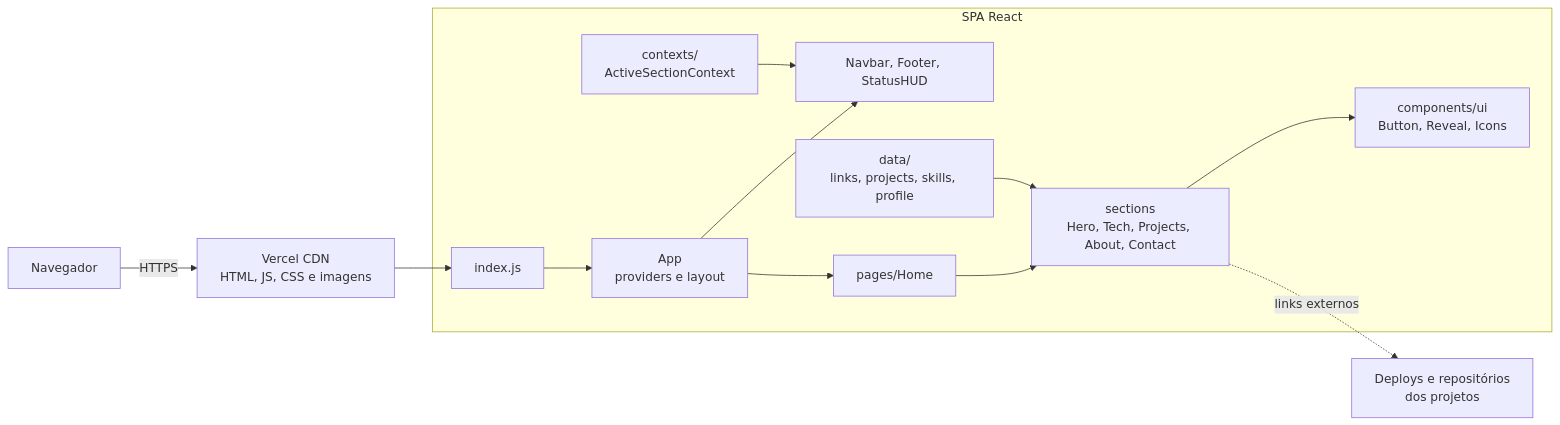
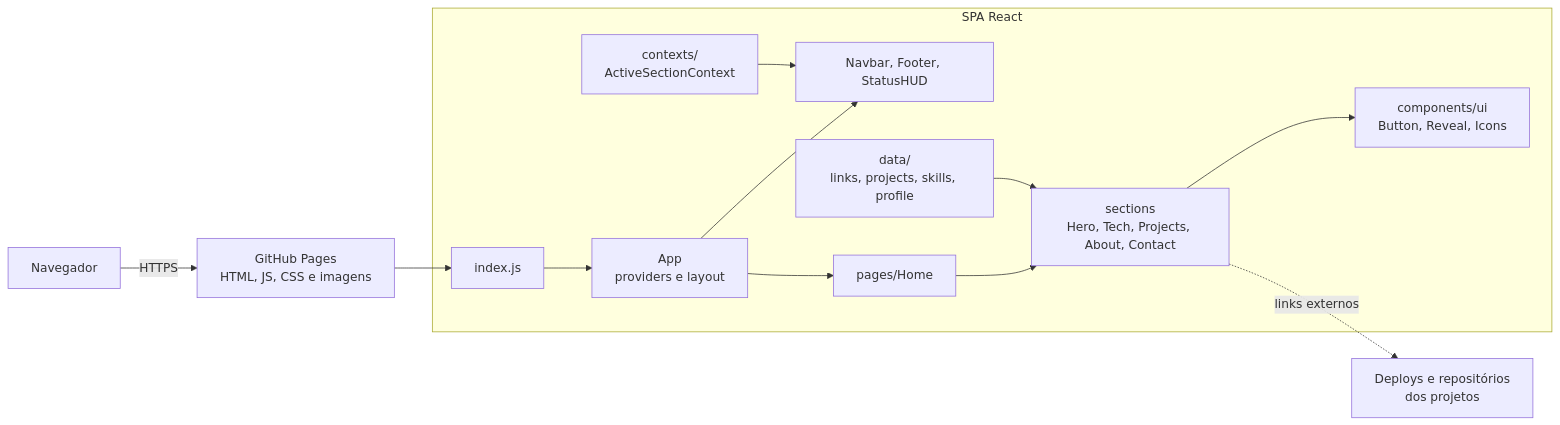
The diagram in README.md (GabrielFagundes18/GabrielFagundes18.github.io), drawn with Mermaid before and after one commit. The commit also changed other lines of this file, not shown here.

First line of the commit message:
docs: atualiza README para o deploy no GitHub Pages

````diff
--- a/README.md
+++ b/README.md
@@ -45,15 +45,15 @@
 ```mermaid
 flowchart LR
-    U["Navegador"] -->|HTTPS| V["Vercel CDN<br/>HTML, JS, CSS e imagens"]
+    U["Navegador"] -->|HTTPS| V["GitHub Pages<br/>HTML, JS, CSS e imagens"]
     V --> I["index.js"]
     subgraph SPA["SPA React"]
         I --> A["App<br/>providers e layout"]
         A --> L["Navbar, Footer, StatusHUD"]
         A --> H["pages/Home"]
         H --> S["sections<br/>Hero, Tech, Projects, About, Contact"]
         S --> UI["components/ui<br/>Button, Reveal, Icons"]
         D["data/<br/>links, projects, skills, profile"] --> S
         C["contexts/<br/>ActiveSectionContext"] --> L
     end
     S -.->|links externos| P["Deploys e repositórios<br/>dos projetos"]
 ```
````
